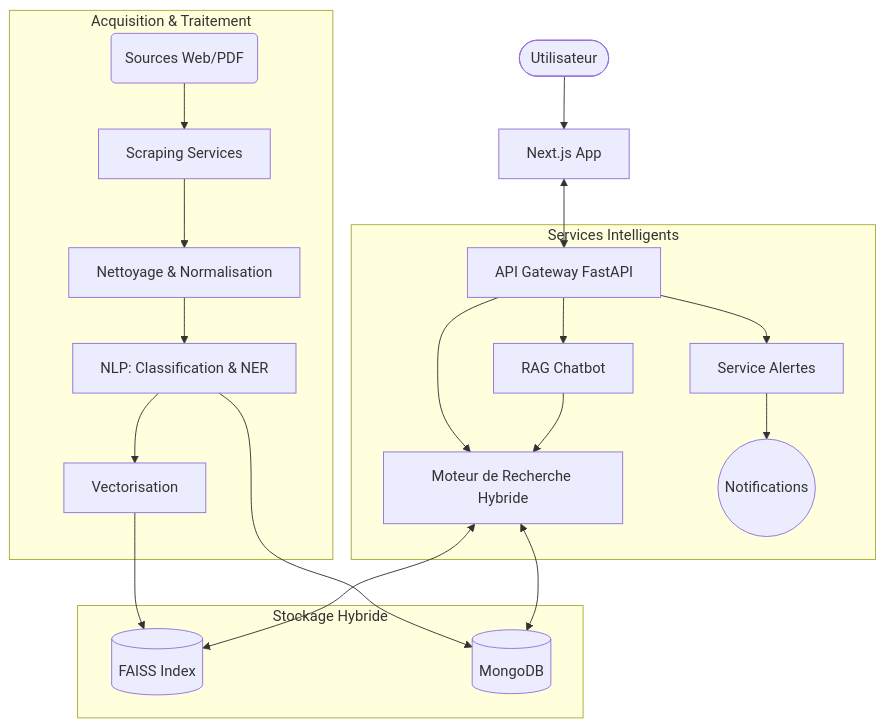
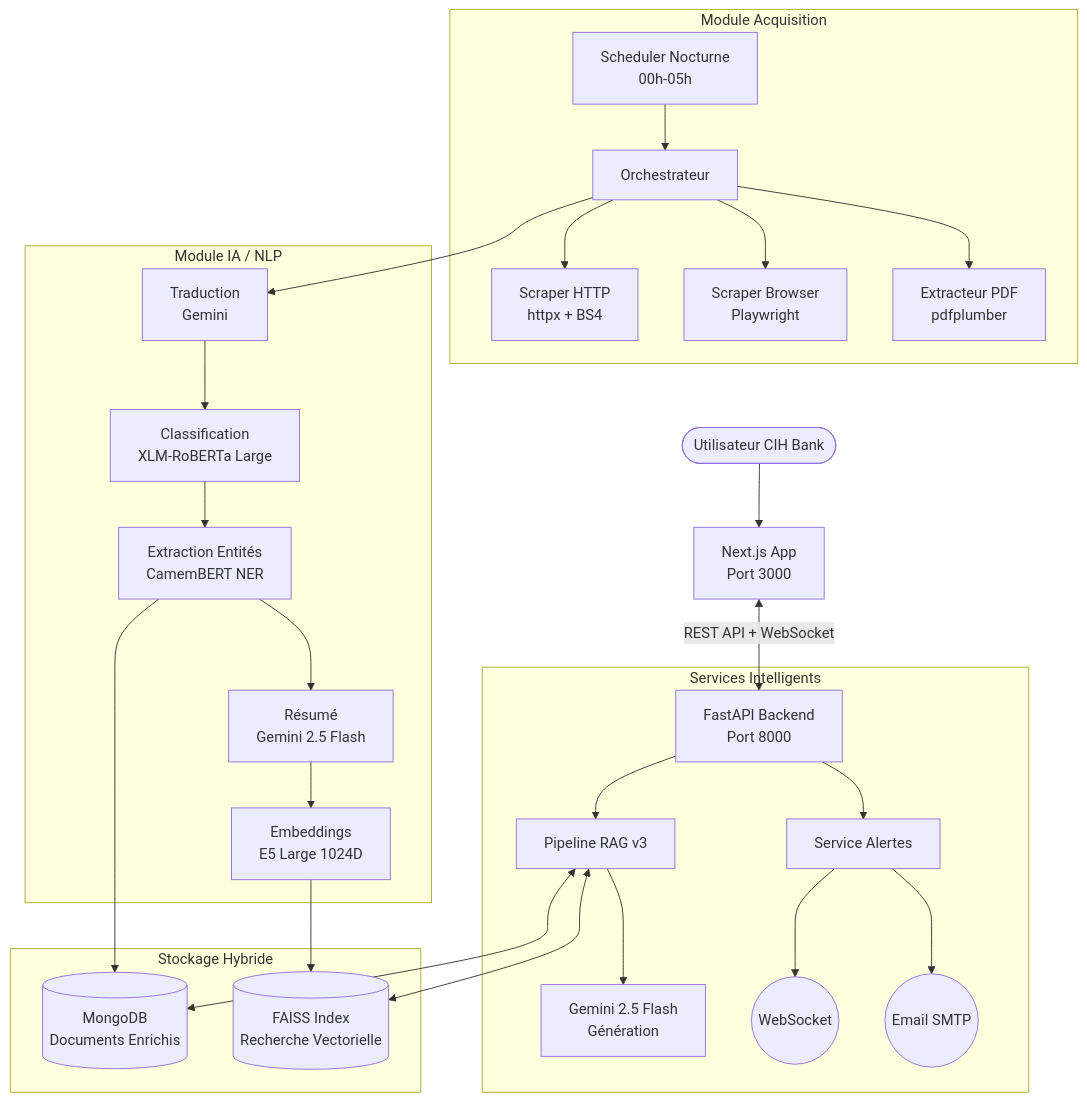
The first of 3 diagrams in DOCUMENTATION_PROJET.md (iliassnacer5/CihVeilleIA), drawn with Mermaid before and after one commit. The commit also changed other lines of this file and 8 other files, not shown here.

````diff
--- a/DOCUMENTATION_PROJET.md
+++ b/DOCUMENTATION_PROJET.md
@@ -21,27 +50,35 @@
 ```mermaid
 graph TD
-    User([Utilisateur]) --> Frontend[Next.js App]
-    Frontend <--> API[API Gateway FastAPI]
-    
-    subgraph "Acquisition & Traitement"
-        Sources(Sources Web/PDF) --> Scrapers[Scraping Services]
-        Scrapers --> Cleaning[Nettoyage & Normalisation]
-        Cleaning --> Enrichment[NLP: Classification & NER]
-        Enrichment --> Embedding[Vectorisation]
+    User([Utilisateur CIH Bank]) --> Frontend[Next.js App<br/>Port 3000]
+    Frontend <--> |REST API + WebSocket| API[FastAPI Backend<br/>Port 8000]
+
+    subgraph "Module Acquisition"
+        Scheduler[Scheduler Nocturne<br/>00h-05h] --> Orchestrator[Orchestrateur]
+        Orchestrator --> HTTP[Scraper HTTP<br/>httpx + BS4]
+        Orchestrator --> Browser[Scraper Browser<br/>Playwright]
+        Orchestrator --> PDF[Extracteur PDF<br/>pdfplumber]
     end
-    
+
+    subgraph "Module IA / NLP"
+        Orchestrator --> Translation[Traduction<br/>Gemini]
+        Translation --> Classifier[Classification<br/>XLM-RoBERTa Large]
+        Classifier --> NER[Extraction Entités<br/>CamemBERT NER]
+        NER --> Summarizer[Résumé<br/>Gemini 2.5 Flash]
+        Summarizer --> Embedder[Embeddings<br/>E5 Large 1024D]
+    end
+
     subgraph "Stockage Hybride"
-        Embedding --> VectorDB[(FAISS Index)]
-        Enrichment --> DocDB[(MongoDB)]
+        NER --> MongoDB[(MongoDB<br/>Documents Enrichis)]
+        Embedder --> FAISS[(FAISS Index<br/>Recherche Vectorielle)]
     end
-    
+
     subgraph "Services Intelligents"
-        API --> Search[Moteur de Recherche Hybride]
-        Search <--> VectorDB
-        Search <--> DocDB
-        API --> Chatbot[RAG Chatbot]
-        Chatbot --> Search
+        API --> RAG[Pipeline RAG v3]
+        RAG <--> FAISS
+        RAG <--> MongoDB
+        RAG --> LLM[Gemini 2.5 Flash<br/>Génération]
         API --> Alerts[Service Alertes]
-        Alerts --> Notif((Notifications))
+        Alerts --> WS((WebSocket))
+        Alerts --> Email((Email SMTP))
     end
 ```
````
